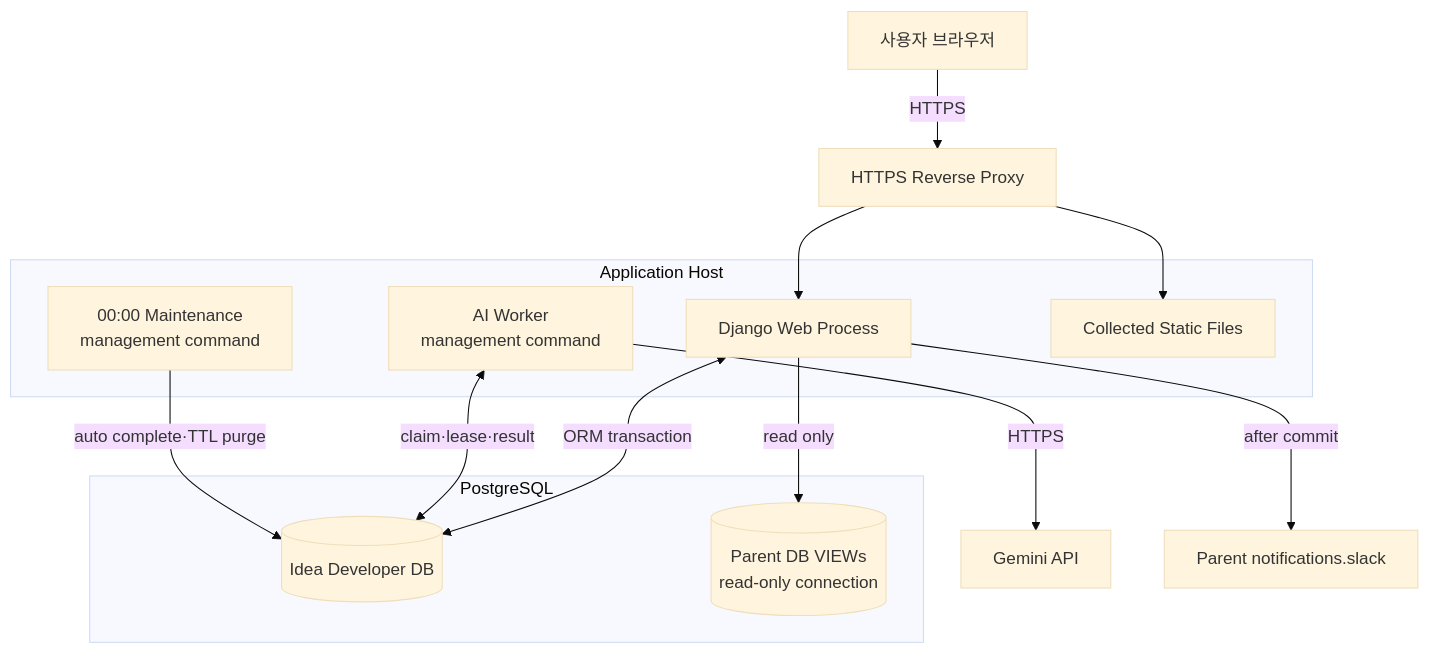
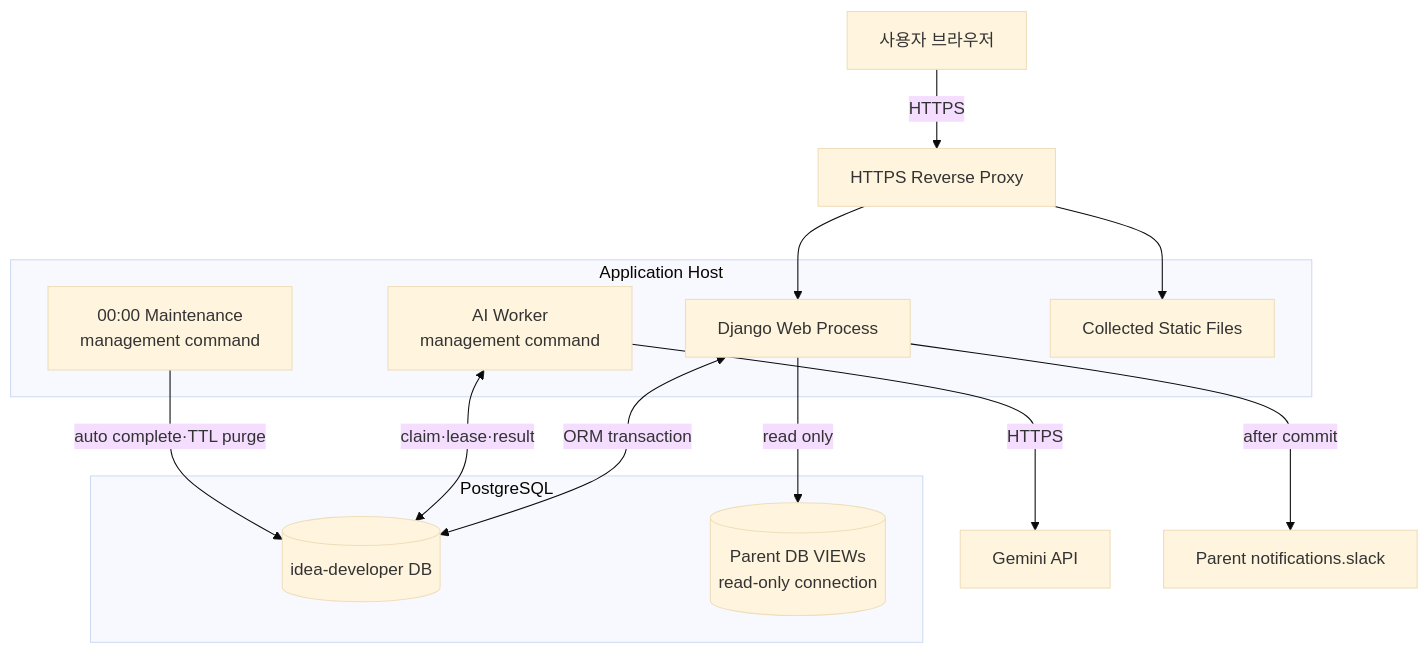
The diagram in docs/report/DEPLOYMENT_DIAGRAM.md (KANT-2/idea-developer), drawn with Mermaid (base theme) before and after one commit. The commit also changed other lines of this file and 24 other files, not shown here.

````diff
--- a/docs/report/DEPLOYMENT_DIAGRAM.md
+++ b/docs/report/DEPLOYMENT_DIAGRAM.md
@@ -5,30 +5,30 @@
 ```mermaid
 flowchart TB
     Browser[사용자 브라우저]
     Proxy[HTTPS Reverse Proxy]
 
     subgraph AppHost[Application Host]
         Web[Django Web Process]
         Worker[AI Worker<br/>management command]
         Midnight[00:00 Maintenance<br/>management command]
         Static[Collected Static Files]
     end
 
     subgraph Databases[PostgreSQL]
-        Child[(Idea Developer DB)]
+        Child[(idea-developer DB)]
         Parent[(Parent DB VIEWs<br/>read-only connection)]
     end
 
     Gemini[Gemini API]
     Slack[Parent notifications.slack]
 
     Browser -->|HTTPS| Proxy
     Proxy --> Web
     Proxy --> Static
     Web <-->|ORM transaction| Child
     Web -->|read only| Parent
     Worker <-->|claim·lease·result| Child
     Worker -->|HTTPS| Gemini
     Midnight -->|auto complete·TTL purge| Child
     Web -->|after commit| Slack
 ```
````
